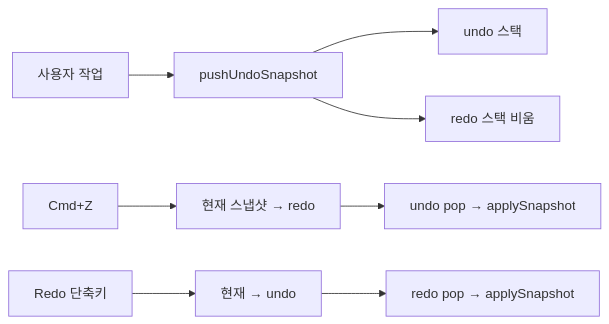
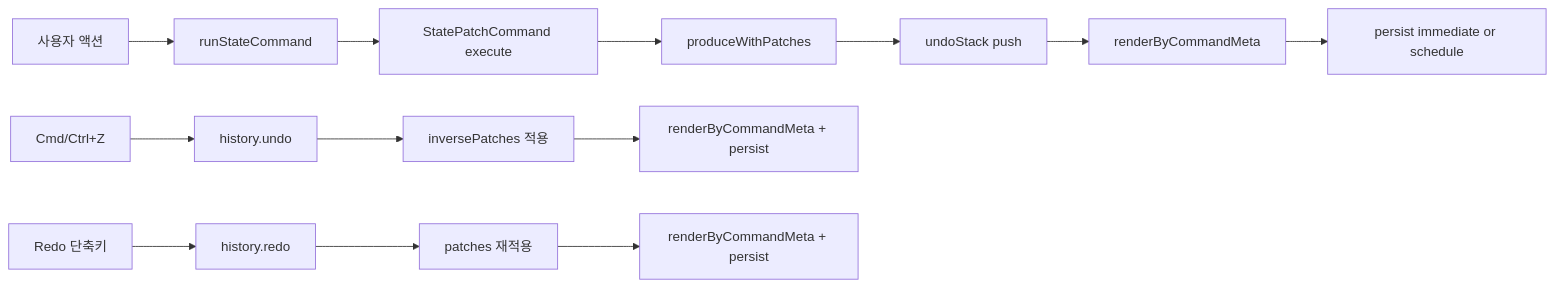
The diagram in docs/UNDO_REDO.md (nuuco/mini-spread-sheet), drawn with Mermaid before and after one commit. The commit also changed other lines of this file and 1 other file, not shown here.

Commit message:
UNDO_REDO 문서 정합성 수정: 구 스냅샷 설명을 제거하고, 현재의 PatchHistory 및 StatePatchCommand 흐름에 맞춰 문서를 전면 동기화하여 이해도를 높였습니다.

````diff
--- a/docs/UNDO_REDO.md
+++ b/docs/UNDO_REDO.md
@@ -141,10 +137,15 @@
 ```mermaid
 flowchart LR
-  A[사용자 작업] --> B[pushUndoSnapshot]
-  B --> C[undo 스택]
-  B --> D[redo 스택 비움]
-  E[Cmd+Z] --> F[현재 스냅샷 → redo]
-  F --> G[undo pop → applySnapshot]
-  H[Redo 단축키] --> I[현재 → undo]
-  I --> J[redo pop → applySnapshot]
+  A[사용자 액션] --> B[runStateCommand]
+  B --> C[StatePatchCommand execute]
+  C --> D[produceWithPatches]
+  D --> E[undoStack push]
+  E --> F[renderByCommandMeta]
+  F --> G[persist immediate or schedule]
+  H[Cmd/Ctrl+Z] --> I[history.undo]
+  I --> J[inversePatches 적용]
+  J --> K[renderByCommandMeta + persist]
+  L[Redo 단축키] --> M[history.redo]
+  M --> N[patches 재적용]
+  N --> O[renderByCommandMeta + persist]
 ```
````
